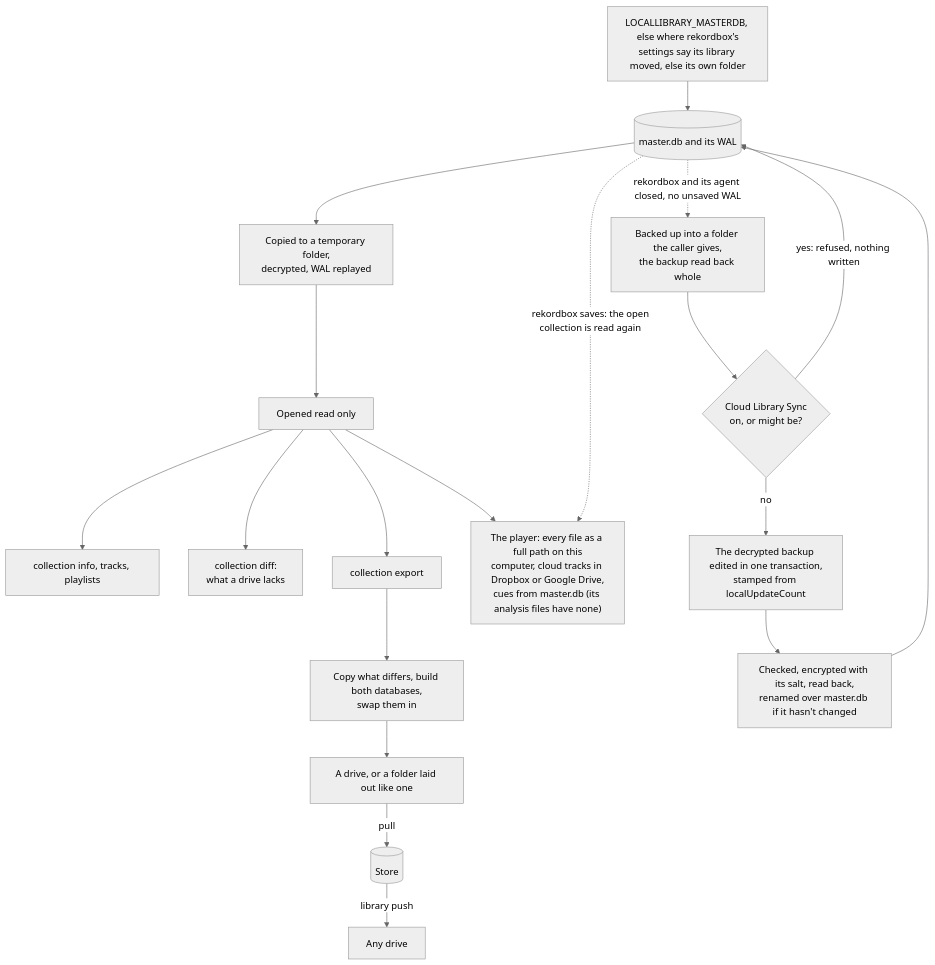
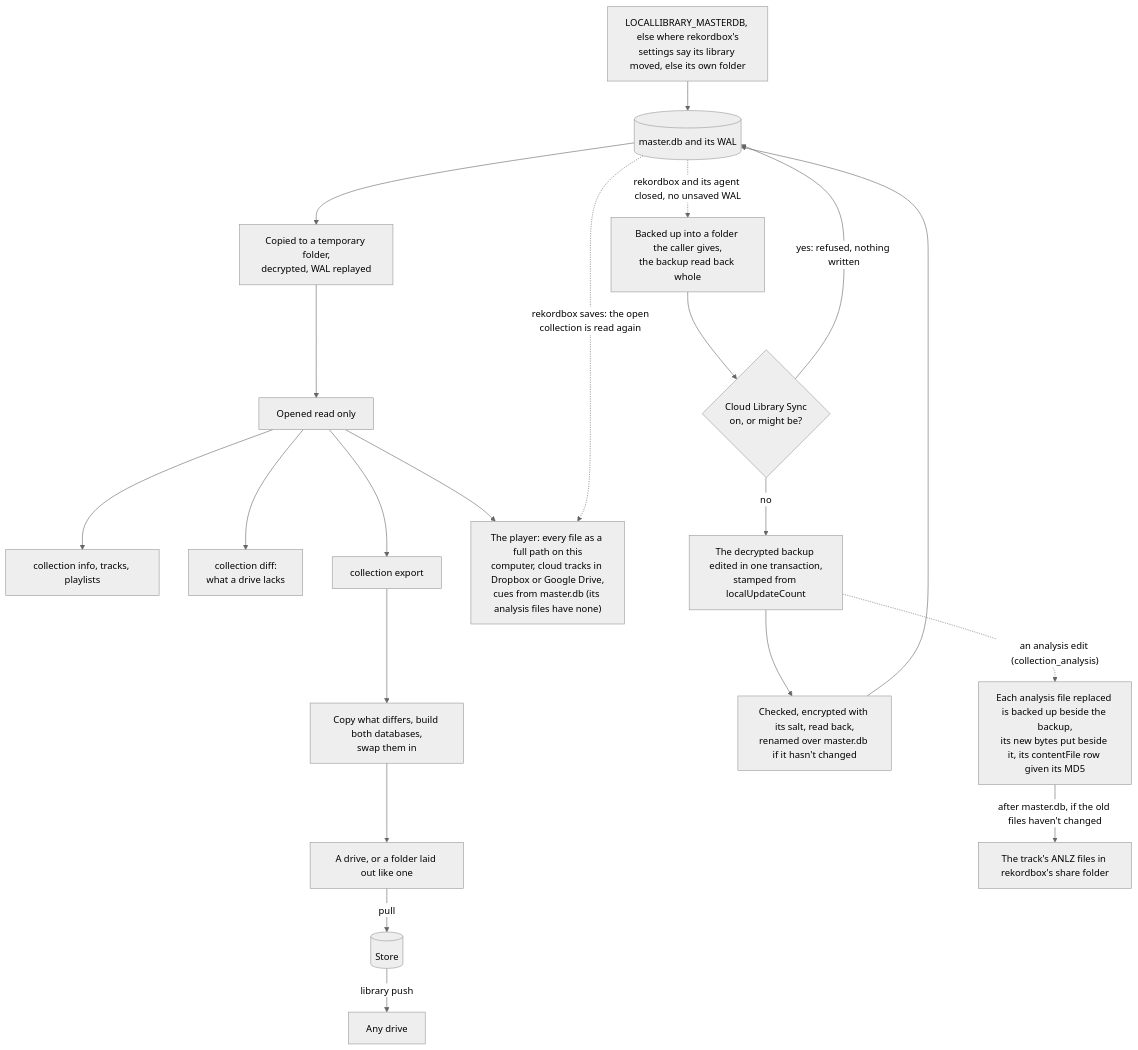
The fourth of 10 diagrams in apps/locallibrary/docs/diagrams/data.md (cutenode/localnetwork), drawn with Mermaid (neutral theme) before and after one commit. The commit also changed other lines of this file, not shown here.

Commit message:
docs(locallibrary): draw the analysis files a collection write replaces

````diff
--- a/apps/locallibrary/docs/diagrams/data.md
+++ b/apps/locallibrary/docs/diagrams/data.md
@@ -76,21 +76,23 @@
 ```mermaid
 flowchart TD
     find["LOCALLIBRARY_MASTERDB, else where rekordbox's<br/>settings say its library moved, else its own folder"] --> master
     master[("master.db and its WAL")] --> copy["Copied to a temporary folder,<br/>decrypted, WAL replayed"]
     copy --> read["Opened read only"]
     read --> reads["collection info, tracks, playlists"]
     read --> diff["collection diff:<br/>what a drive lacks"]
     read --> export["collection export"]
     read --> player["The player: every file as a full path on this<br/>computer, cloud tracks in Dropbox or Google Drive,<br/>cues from master.db (its analysis files have none)"]
     master -.->|"rekordbox saves: the open<br/>collection is read again"| player
     export --> write["Copy what differs, build both databases,<br/>swap them in"]
     write --> target["A drive, or a folder laid out like one"]
     target -->|"pull"| store[("Store")]
     store -->|"library push"| drive["Any drive"]
     master -.->|"rekordbox and its agent closed, no unsaved WAL"| backup["Backed up into a folder the caller gives,<br/>the backup read back whole"]
     backup --> synced{"Cloud Library Sync<br/>on, or might be?"}
     synced -->|"yes: refused, nothing written"| master
     synced -->|no| edit["The decrypted backup edited in one transaction,<br/>stamped from localUpdateCount"]
     edit --> swap["Checked, encrypted with its salt, read back,<br/>renamed over master.db if it hasn't changed"]
     swap --> master
+    edit -.->|"an analysis edit (collection_analysis)"| anlz["Each analysis file replaced is backed up beside the backup,<br/>its new bytes put beside it, its contentFile row given its MD5"]
+    anlz -->|"after master.db, if the old files haven't changed"| share["The track's ANLZ files in rekordbox's share folder"]
 ```
````
